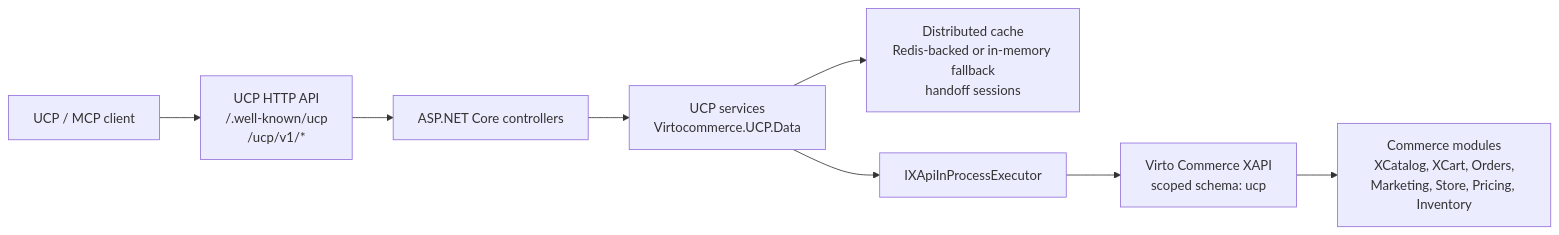
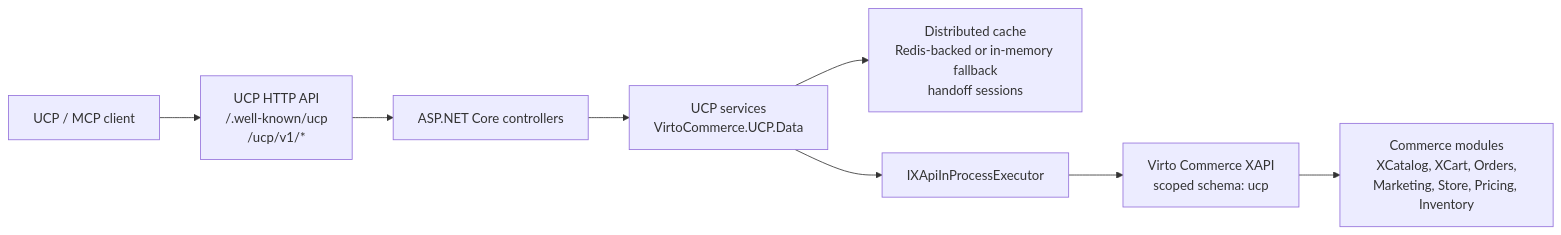
Before and after one commit to VirtoCommerce/vc-module-u-c-p: the diagram in README.md, drawn with Mermaid. The commit also changed other lines of this file and 242 other files, not shown here.

````diff
--- a/README.md
+++ b/README.md
@@ -40,19 +40,19 @@
 ```mermaid
 flowchart LR
     Client["UCP / MCP client"]
     UcpHttp["UCP HTTP API<br/>/.well-known/ucp<br/>/ucp/v1/*"]
     Controllers["ASP.NET Core controllers"]
-    Services["UCP services<br/>Virtocommerce.UCP.Data"]
+    Services["UCP services<br/>VirtoCommerce.UCP.Data"]
     Cache["Distributed cache<br/>Redis-backed or in-memory fallback<br/>handoff sessions"]
     Executor["IXApiInProcessExecutor"]
     XApi["Virto Commerce XAPI<br/>scoped schema: ucp"]
     Modules["Commerce modules<br/>XCatalog, XCart, Orders,<br/>Marketing, Store, Pricing, Inventory"]
 
     Client --> UcpHttp
     UcpHttp --> Controllers
     Controllers --> Services
     Services --> Cache
     Services --> Executor
     Executor --> XApi
     XApi --> Modules
 ```
````
